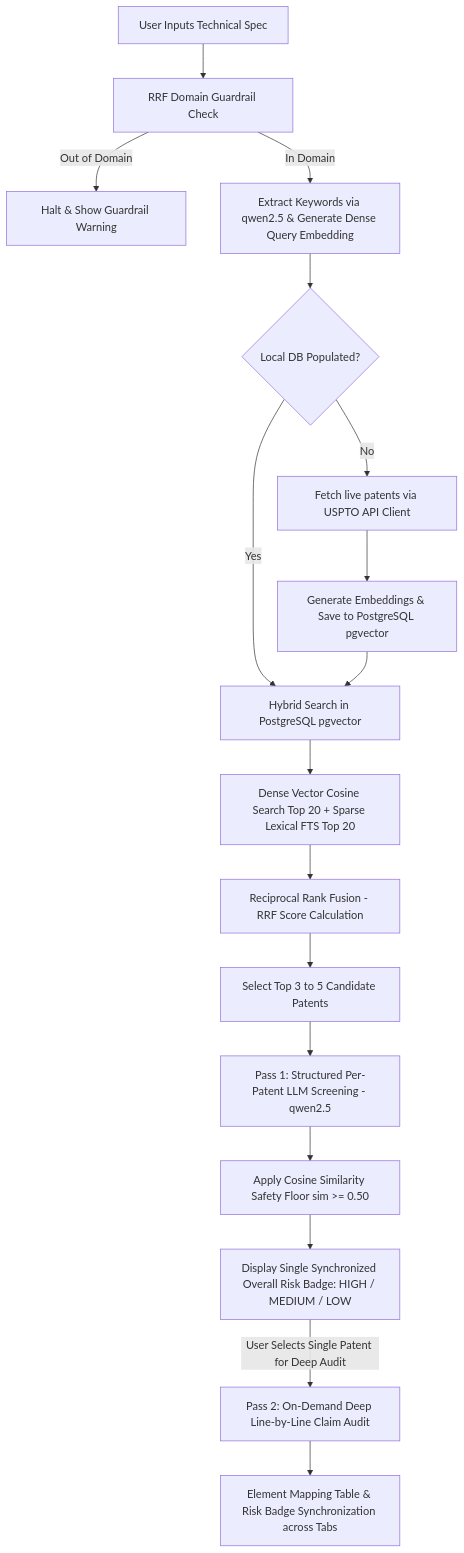
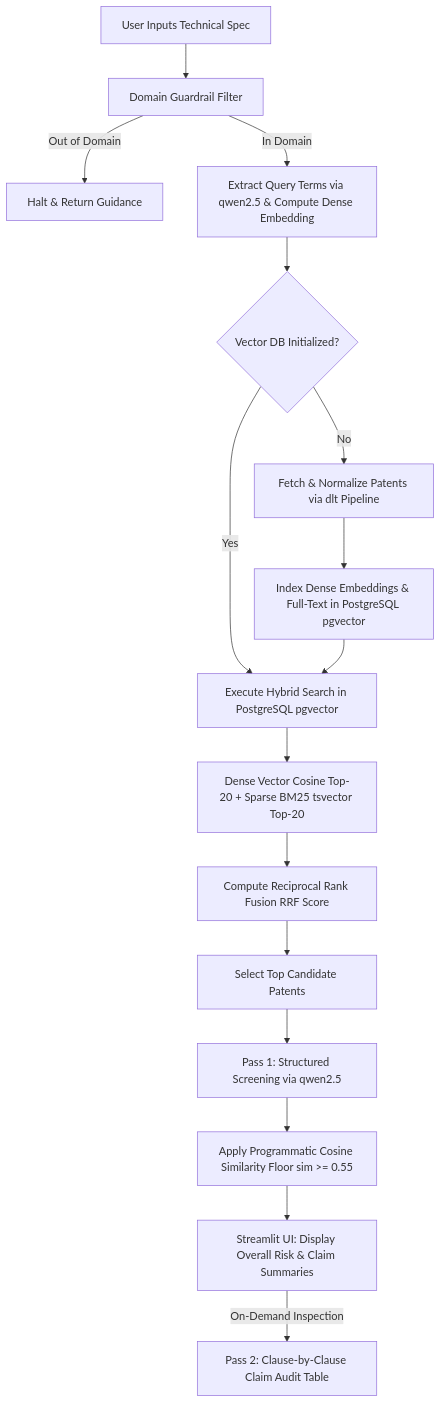
One commit to laluni/software-ai-patent-auditor changed the diagram in README.md. Above: the diagram before and after it, drawn with Mermaid. The commit also changed other lines of this file and 4 other files, not shown here.

````diff
--- a/README.md
+++ b/README.md
@@ -72,19 +51,18 @@
 ```mermaid
 flowchart TD
-    A[User Inputs Technical Spec] --> B[RRF Domain Guardrail Check]
-    B -->|Out of Domain| C[Halt & Show Guardrail Warning]
-    B -->|In Domain| D[Extract Keywords via qwen2.5 & Generate Dense Query Embedding]
-    D --> E{Local DB Populated?}
-    E -->|No| F[Fetch live patents via USPTO API Client]
-    F --> G[Generate Embeddings & Save to PostgreSQL pgvector]
-    E -->|Yes| H[Hybrid Search in PostgreSQL pgvector]
+    A[User Inputs Technical Spec] --> B[Domain Guardrail Filter]
+    B -->|Out of Domain| C[Halt & Return Guidance]
+    B -->|In Domain| D[Extract Query Terms via qwen2.5 & Compute Dense Embedding]
+    D --> E{Vector DB Initialized?}
+    E -->|No| F[Fetch & Normalize Patents via dlt Pipeline]
+    F --> G[Index Dense Embeddings & Full-Text in PostgreSQL pgvector]
+    E -->|Yes| H[Execute Hybrid Search in PostgreSQL pgvector]
     G --> H
-    H --> I[Dense Vector Cosine Search Top 20 + Sparse Lexical FTS Top 20]
-    I --> J[Reciprocal Rank Fusion - RRF Score Calculation]
-    J --> K[Select Top 3 to 5 Candidate Patents]
-    K --> L[Pass 1: Structured Per-Patent LLM Screening - qwen2.5]
-    L --> M[Apply Cosine Similarity Safety Floor sim >= 0.50]
-    M --> N[Display Single Synchronized Overall Risk Badge: HIGH / MEDIUM / LOW]
-    N -->|User Selects Single Patent for Deep Audit| O[Pass 2: On-Demand Deep Line-by-Line Claim Audit]
-    O --> P[Element Mapping Table & Risk Badge Synchronization across Tabs]
+    H --> I[Dense Vector Cosine Top-20 + Sparse BM25 tsvector Top-20]
+    I --> J[Compute Reciprocal Rank Fusion RRF Score]
+    J --> K[Select Top Candidate Patents]
+    K --> L[Pass 1: Structured Screening via qwen2.5]
+    L --> M[Apply Programmatic Cosine Similarity Floor sim >= 0.55]
+    M --> N[Streamlit UI: Display Overall Risk & Claim Summaries]
+    N -->|On-Demand Inspection| O[Pass 2: Clause-by-Clause Claim Audit Table]
 ```
````
